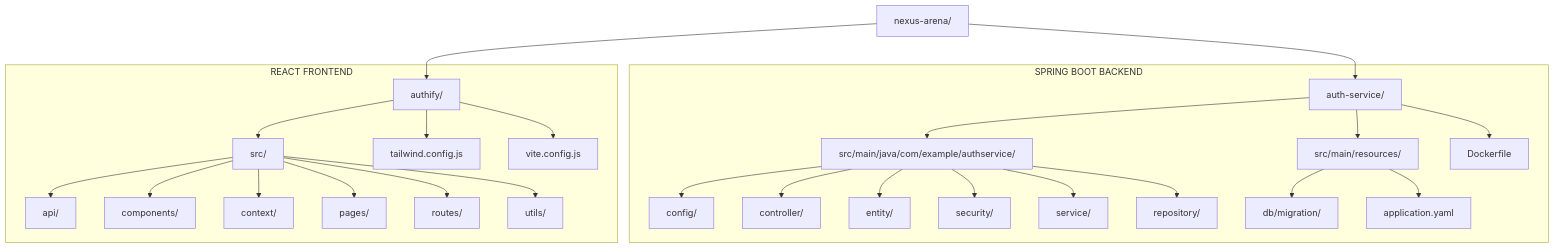
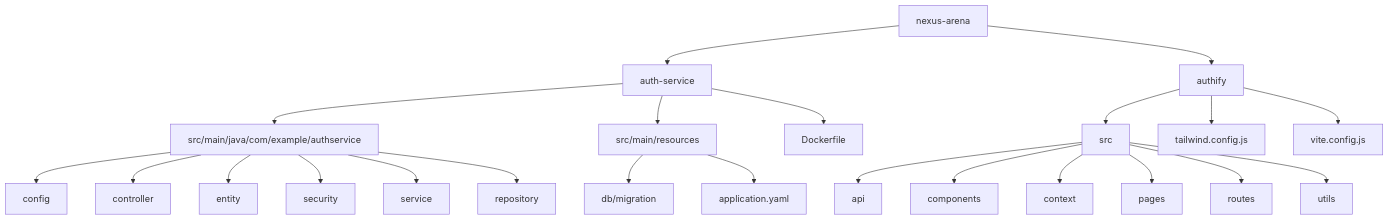
Diagram 14 of 18 in README.md (AnshCyberSec/nexus-arena), drawn with Mermaid before and after one commit. The commit also changed other lines of this file, not shown here.

````diff
--- a/README.md
+++ b/README.md
@@ -481,36 +481,31 @@
 ```mermaid
-flowchart TB
-    ROOT["nexus-arena/"]
+flowchart TD
+    ROOT["nexus-arena"]
+    ROOT --> BE["auth-service"]
+    ROOT --> FE["authify"]
 
-    ROOT --> BACKEND["auth-service/"]
-    ROOT --> FRONTEND["authify/"]
+    BE --> JAVA["src/main/java/com/example/authservice"]
+    BE --> RES["src/main/resources"]
+    BE --> DOCKER["Dockerfile"]
 
-    subgraph BACKEND_STRUCTURE["SPRING BOOT BACKEND"]
-        BACKEND --> B_SRC["src/main/java/com/example/authservice/"]
-        BACKEND --> B_RES["src/main/resources/"]
-        BACKEND --> DOCKER["Dockerfile"]
+    JAVA --> CONFIG["config"]
+    JAVA --> CONTROLLER["controller"]
+    JAVA --> ENTITY["entity"]
+    JAVA --> SECURITY["security"]
+    JAVA --> SERVICE["service"]
+    JAVA --> REPOSITORY["repository"]
 
-        B_SRC --> CONFIG["config/"]
-        B_SRC --> CONTROLLER["controller/"]
-        B_SRC --> ENTITY["entity/"]
-        B_SRC --> SECURITY["security/"]
-        B_SRC --> SERVICE["service/"]
-        B_SRC --> REPOSITORY["repository/"]
+    RES --> MIGRATION["db/migration"]
+    RES --> YAML["application.yaml"]
 
-        B_RES --> MIGRATION["db/migration/"]
-        B_RES --> YAML["application.yaml"]
-    end
+    FE --> SRC["src"]
+    FE --> TAILWIND["tailwind.config.js"]
+    FE --> VITE["vite.config.js"]
 
-    subgraph FRONTEND_STRUCTURE["REACT FRONTEND"]
-        FRONTEND --> F_SRC["src/"]
-        FRONTEND --> TAILWIND["tailwind.config.js"]
-        FRONTEND --> VITE["vite.config.js"]
-
-        F_SRC --> API["api/"]
-        F_SRC --> COMPONENTS["components/"]
-        F_SRC --> CONTEXT["context/"]
-        F_SRC --> PAGES["pages/"]
-        F_SRC --> ROUTES["routes/"]
-        F_SRC --> UTILS["utils/"]
-    end
+    SRC --> API["api"]
+    SRC --> COMPONENTS["components"]
+    SRC --> CONTEXT["context"]
+    SRC --> PAGES["pages"]
+    SRC --> ROUTES["routes"]
+    SRC --> UTILS["utils"]
 ```
````
